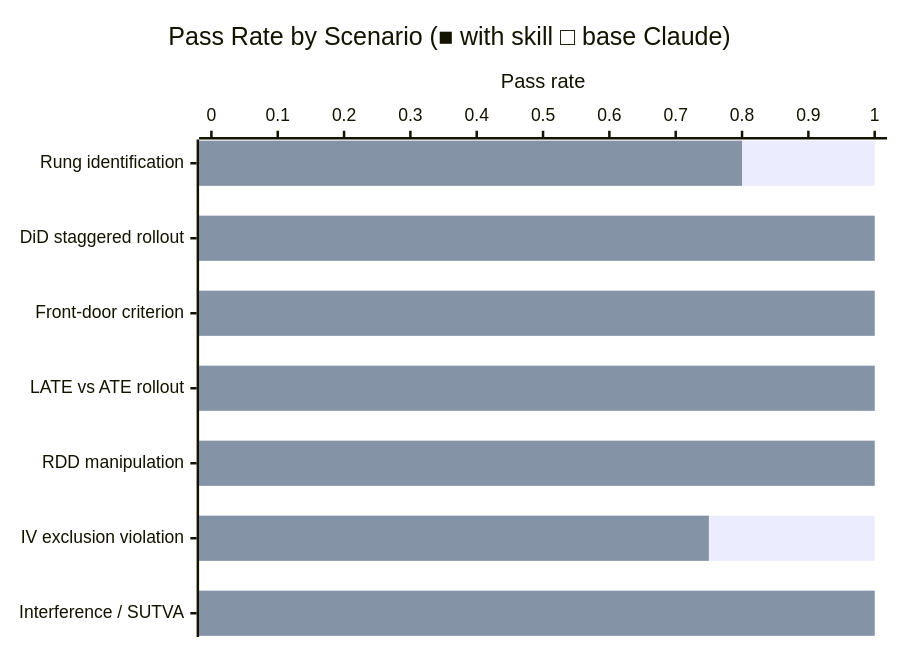
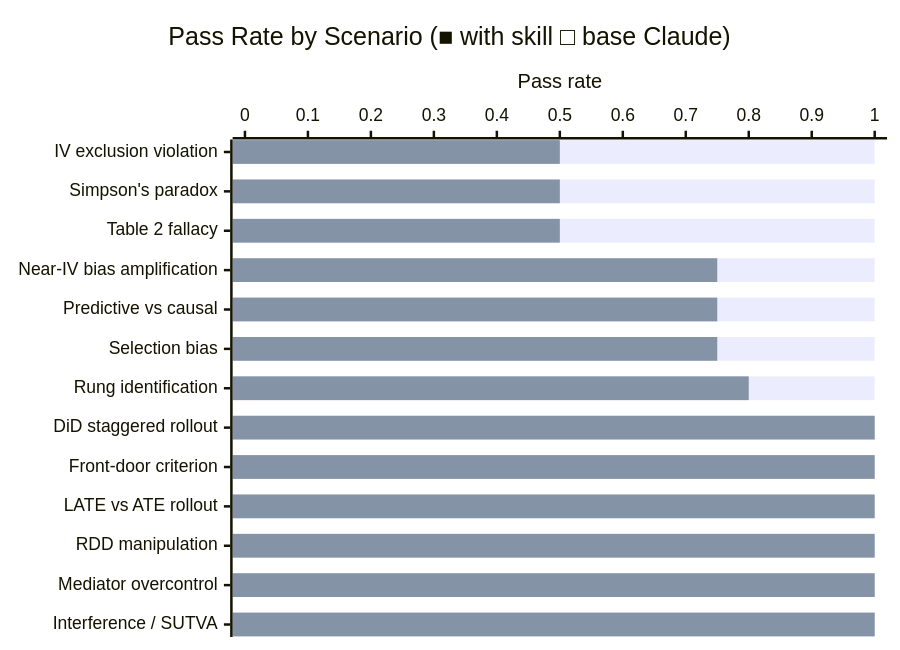
The diagram in causal-inference/README.md (JacobElder/jakes-skills), drawn with Mermaid before and after one commit. The commit also changed other lines of this file and 20 other files, not shown here.

````diff
--- a/causal-inference/README.md
+++ b/causal-inference/README.md
@@ -20,8 +74,8 @@
 ```mermaid
 xychart-beta horizontal
     title "Pass Rate by Scenario (■ with skill  □ base Claude)"
-    x-axis ["Rung identification", "DiD staggered rollout", "Front-door criterion", "LATE vs ATE rollout", "RDD manipulation", "IV exclusion violation", "Interference / SUTVA"]
+    x-axis ["IV exclusion violation", "Simpson's paradox", "Table 2 fallacy", "Near-IV bias amplification", "Predictive vs causal", "Selection bias", "Rung identification", "DiD staggered rollout", "Front-door criterion", "LATE vs ATE rollout", "RDD manipulation", "Mediator overcontrol", "Interference / SUTVA"]
     y-axis "Pass rate" 0 --> 1
-    bar [1.0, 1.0, 1.0, 1.0, 1.0, 1.0, 1.0]
-    bar [0.8, 1.0, 1.0, 1.0, 1.0, 0.75, 1.0]
+    bar [1.0, 1.0, 1.0, 1.0, 1.0, 1.0, 1.0, 1.0, 1.0, 1.0, 1.0, 1.0, 1.0]
+    bar [0.5, 0.5, 0.5, 0.75, 0.75, 0.75, 0.8, 1.0, 1.0, 1.0, 1.0, 1.0, 1.0]
 ```
````
